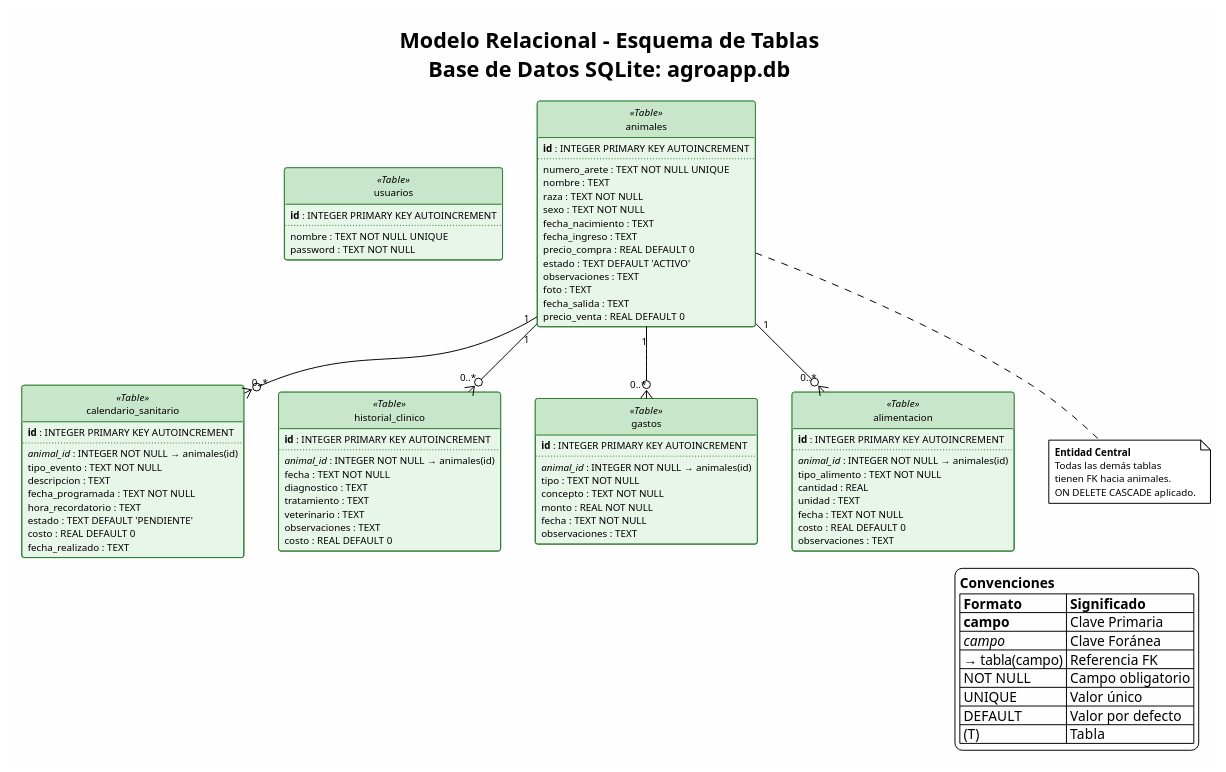
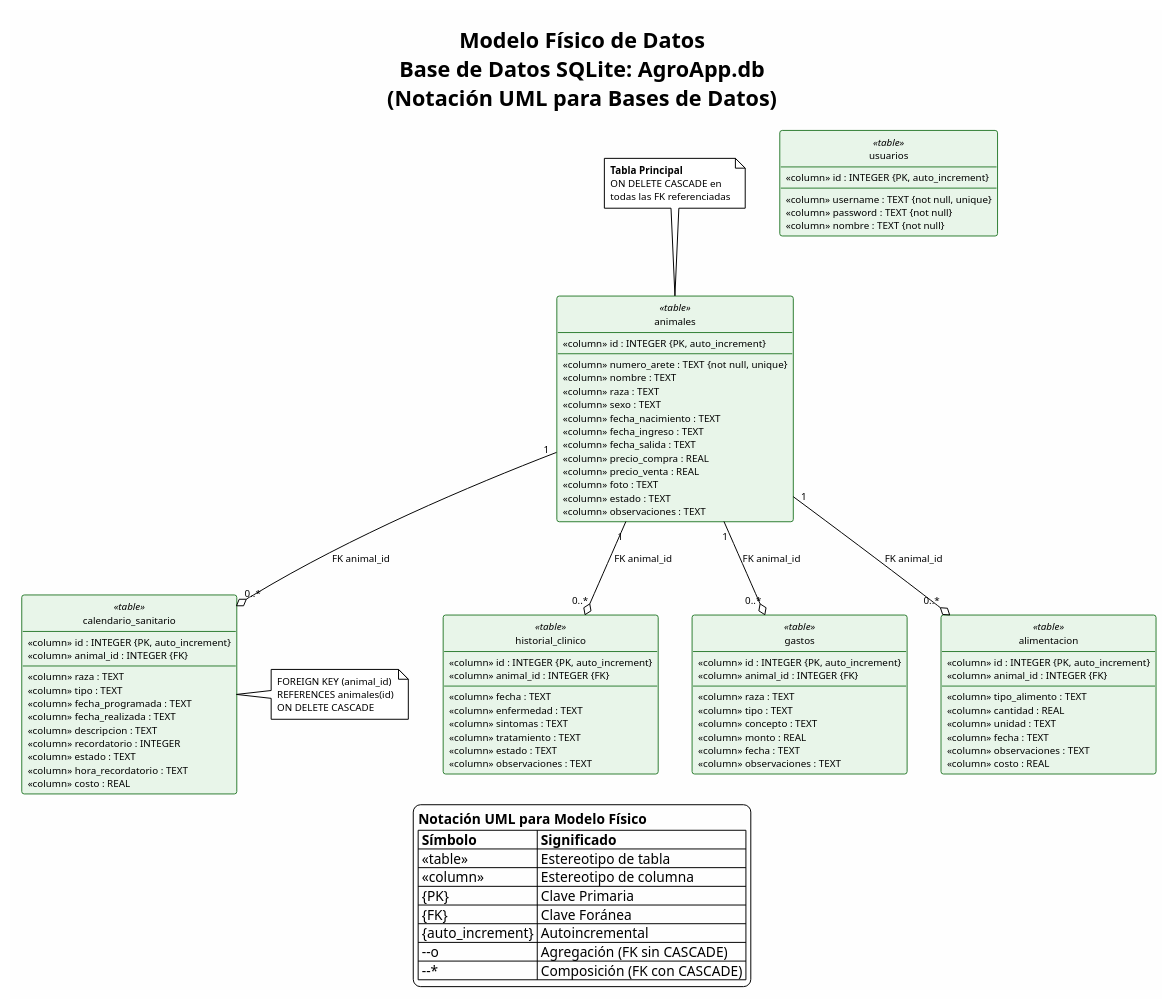
Before and after one commit to LuisErnesto221104/AgroApp: the seventh of 25 diagrams in docs/DIAGRAMAS_PLANTUML_SISTEMA.md, drawn with PlantUML. The commit also changed other lines of this file and 10 other files, not shown here.

````diff
--- a/docs/DIAGRAMAS_PLANTUML_SISTEMA.md
+++ b/docs/DIAGRAMAS_PLANTUML_SISTEMA.md
@@ -880,5 +850,5 @@
 ```plantuml
-@startuml ModeloRelacional
+@startuml ModeloFisico
 !theme plain
 skinparam backgroundColor #FEFEFE
 skinparam defaultFontSize 10
@@ -886,141 +856,132 @@
 skinparam class {
     BackgroundColor #E8F5E9
     BorderColor #2E7D32
-    HeaderBackgroundColor #C8E6C9
 }
 
-title Modelo Relacional - Esquema de Tablas\nBase de Datos SQLite: agroapp.db
+title Modelo Físico de Datos\nBase de Datos SQLite: AgroApp.db\n(Notación UML para Bases de Datos)
 
 hide circle
-hide methods
 
 ' ========================================
-' TABLA USUARIOS
+' TABLAS COMO CLASES CON ESTEREOTIPO
 ' ========================================
 
-class "usuarios" as TUsuarios << (T,#AAFFAA) Table >> {
-    <b>id</b> : INTEGER PRIMARY KEY AUTOINCREMENT
-    ..
-    nombre : TEXT NOT NULL UNIQUE
-    password : TEXT NOT NULL
+class usuarios <<table>> {
+    «column» id : INTEGER {PK, auto_increment}
+    --
+    «column» username : TEXT {not null, unique}
+    «column» password : TEXT {not null}
+    «column» nombre : TEXT {not null}
+}
+
+class animales <<table>> {
+    «column» id : INTEGER {PK, auto_increment}
+    --
+    «column» numero_arete : TEXT {not null, unique}
+    «column» nombre : TEXT
+    «column» raza : TEXT
+    «column» sexo : TEXT
+    «column» fecha_nacimiento : TEXT
+    «column» fecha_ingreso : TEXT
+    «column» fecha_salida : TEXT
+    «column» precio_compra : REAL
+    «column» precio_venta : REAL
+    «column» foto : TEXT
+    «column» estado : TEXT
+    «column» observaciones : TEXT
+}
+
+class calendario_sanitario <<table>> {
+    «column» id : INTEGER {PK, auto_increment}
+    «column» animal_id : INTEGER {FK}
+    --
+    «column» raza : TEXT
+    «column» tipo : TEXT
+    «column» fecha_programada : TEXT
+    «column» fecha_realizada : TEXT
+    «column» descripcion : TEXT
+    «column» recordatorio : INTEGER
+    «column» estado : TEXT
+    «column» hora_recordatorio : TEXT
+    «column» costo : REAL
+}
+
+class historial_clinico <<table>> {
+    «column» id : INTEGER {PK, auto_increment}
+    «column» animal_id : INTEGER {FK}
+    --
+    «column» fecha : TEXT
+    «column» enfermedad : TEXT
+    «column» sintomas : TEXT
+    «column» tratamiento : TEXT
+    «column» estado : TEXT
+    «column» observaciones : TEXT
+}
+
+class gastos <<table>> {
+    «column» id : INTEGER {PK, auto_increment}
+    «column» animal_id : INTEGER {FK}
+    --
+    «column» raza : TEXT
+    «column» tipo : TEXT
+    «column» concepto : TEXT
+    «column» monto : REAL
+    «column» fecha : TEXT
+    «column» observaciones : TEXT
+}
+
+class alimentacion <<table>> {
+    «column» id : INTEGER {PK, auto_increment}
+    «column» animal_id : INTEGER {FK}
+    --
+    «column» tipo_alimento : TEXT
+    «column» cantidad : REAL
+    «column» unidad : TEXT
+    «column» fecha : TEXT
+    «column» observaciones : TEXT
+    «column» costo : REAL
 }
 
 ' ========================================
-' TABLA ANIMALES
+' RELACIONES FK (Referencias)
 ' ========================================
 
-class "animales" as TAnimales << (T,#AAFFAA) Table >> {
-    <b>id</b> : INTEGER PRIMARY KEY AUTOINCREMENT
-    ..
-    numero_arete : TEXT NOT NULL UNIQUE
-    nombre : TEXT
-    raza : TEXT NOT NULL
-    sexo : TEXT NOT NULL
-    fecha_nacimiento : TEXT
-    fecha_ingreso : TEXT
-    precio_compra : REAL DEFAULT 0
-    estado : TEXT DEFAULT 'ACTIVO'
-    observaciones : TEXT
-    foto : TEXT
-    fecha_salida : TEXT
-    precio_venta : REAL DEFAULT 0
-}
+animales "1" --o "0..*" calendario_sanitario : FK animal_id
+animales "1" --o "0..*" historial_clinico : FK animal_id
+animales "1" --o "0..*" gastos : FK animal_id
+animales "1" --o "0..*" alimentacion : FK animal_id
 
 ' ========================================
-' TABLA CALENDARIO_SANITARIO
+' NOTAS
 ' ========================================
 
-class "calendario_sanitario" as TCalendario << (T,#AAFFAA) Table >> {
-    <b>id</b> : INTEGER PRIMARY KEY AUTOINCREMENT
-    ..
-    <i>animal_id</i> : INTEGER NOT NULL → animales(id)
-    tipo_evento : TEXT NOT NULL
-    descripcion : TEXT
-    fecha_programada : TEXT NOT NULL
-    hora_recordatorio : TEXT
-    estado : TEXT DEFAULT 'PENDIENTE'
-    costo : REAL DEFAULT 0
-    fecha_realizado : TEXT
-}
+note top of animales
+  **Tabla Principal**
+  ON DELETE CASCADE en
+  todas las FK referenciadas
+end note
 
-' ========================================
-' TABLA HISTORIAL_CLINICO
-' ========================================
-
-class "historial_clinico" as THistorial << (T,#AAFFAA) Table >> {
-    <b>id</b> : INTEGER PRIMARY KEY AUTOINCREMENT
-    ..
-    <i>animal_id</i> : INTEGER NOT NULL → animales(id)
-    fecha : TEXT NOT NULL
-    diagnostico : TEXT
-    tratamiento : TEXT
-    veterinario : TEXT
-    observaciones : TEXT
-    costo : REAL DEFAULT 0
-}
-
-' ========================================
-' TABLA GASTOS
-' ========================================
-
-class "gastos" as TGastos << (T,#AAFFAA) Table >> {
-    <b>id</b> : INTEGER PRIMARY KEY AUTOINCREMENT
-    ..
-    <i>animal_id</i> : INTEGER NOT NULL → animales(id)
-    tipo : TEXT NOT NULL
-    concepto : TEXT NOT NULL
-    monto : REAL NOT NULL
-    fecha : TEXT NOT NULL
-    observaciones : TEXT
-}
-
-' ========================================
-' TABLA ALIMENTACION
-' ========================================
-
-class "alimentacion" as TAlimentacion << (T,#AAFFAA) Table >> {
-    <b>id</b> : INTEGER PRIMARY KEY AUTOINCREMENT
-    ..
-    <i>animal_id</i> : INTEGER NOT NULL → animales(id)
-    tipo_alimento : TEXT NOT NULL
-    cantidad : REAL
-    unidad : TEXT
-    fecha : TEXT NOT NULL
-    costo : REAL DEFAULT 0
-    observaciones : TEXT
-}
-
-' ========================================
-' RELACIONES (FOREIGN KEYS)
-' ========================================
-
-TAnimales "1" --o{ "0..*" TCalendario
-TAnimales "1" --o{ "0..*" THistorial
-TAnimales "1" --o{ "0..*" TGastos
-TAnimales "1" --o{ "0..*" TAlimentacion
+note right of calendario_sanitario
+  FOREIGN KEY (animal_id)
+  REFERENCES animales(id)
+  ON DELETE CASCADE
+end note
 
 ' ========================================
 ' LEYENDA
 ' ========================================
 
-legend right
-  **Convenciones**
-  |= Formato |= Significado |
-  | <b>campo</b> | Clave Primaria |
-  | <i>campo</i> | Clave Foránea |
-  | → tabla(campo) | Referencia FK |
-  | NOT NULL | Campo obligatorio |
-  | UNIQUE | Valor único |
-  | DEFAULT | Valor por defecto |
-  | (T) | Tabla |
+legend bottom
+  **Notación UML para Modelo Físico**
+  |= Símbolo |= Significado |
+  | <<table>> | Estereotipo de tabla |
+  | «column» | Estereotipo de columna |
+  | {PK} | Clave Primaria |
+  | {FK} | Clave Foránea |
+  | {auto_increment} | Autoincremental |
+  | --o | Agregación (FK sin CASCADE) |
+  | --* | Composición (FK con CASCADE) |
 endlegend
-
-note bottom of TAnimales
-  **Entidad Central**
-  Todas las demás tablas
-  tienen FK hacia animales.
-  ON DELETE CASCADE aplicado.
-end note
 
 @enduml
 ```
````
